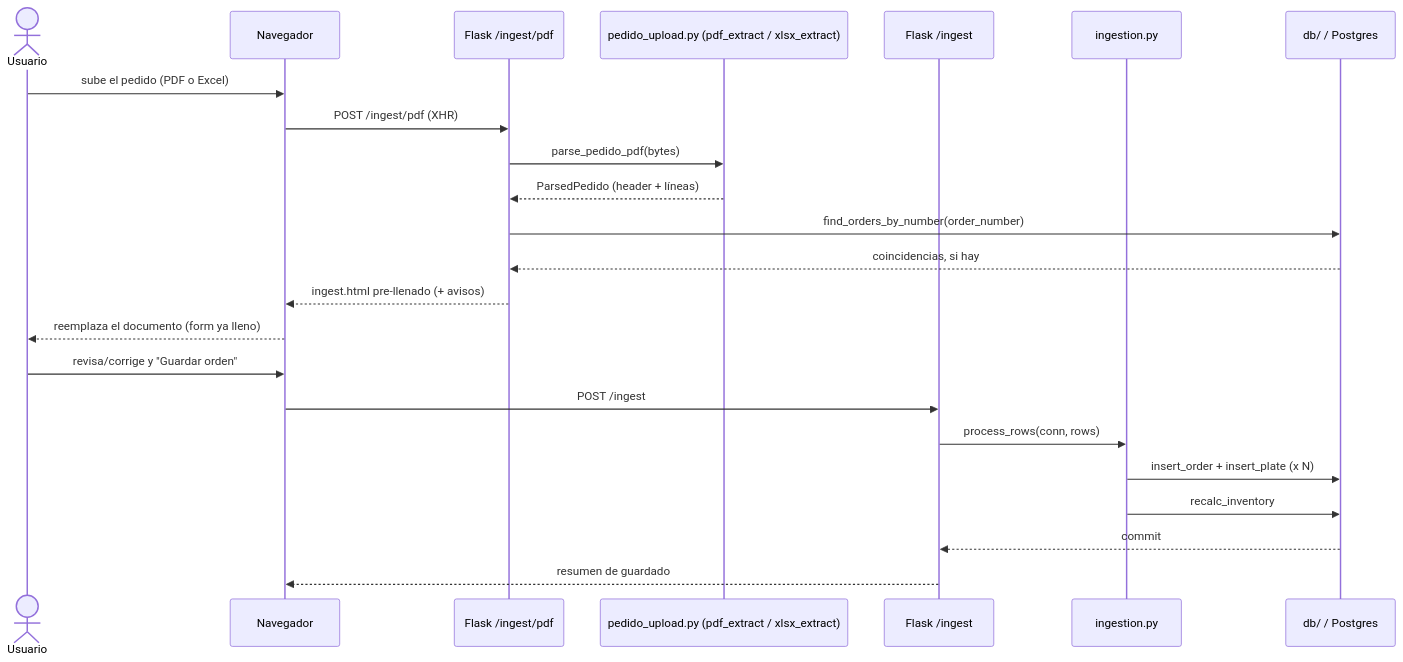
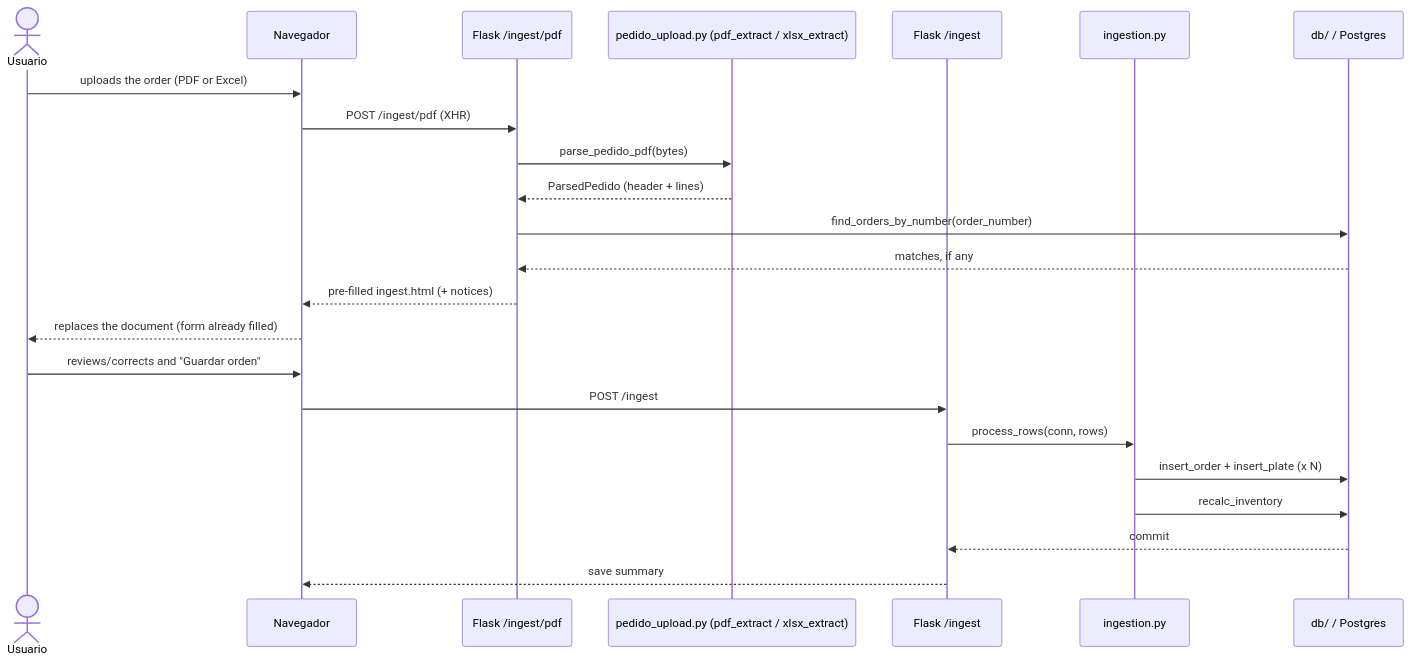
One commit to nickkmm/plates changed the first of 2 diagrams in docs/WEB.md. Above: the diagram before and after it, drawn with Mermaid. The commit also changed other lines of this file and 18 other files, not shown here.

````diff
--- a/docs/WEB.md
+++ b/docs/WEB.md
@@ -328,26 +327,26 @@
 ```mermaid
 sequenceDiagram
     actor U as Usuario
     participant B as Navegador
     participant W as Flask /ingest/pdf
     participant PE as pedido_upload.py (pdf_extract / xlsx_extract)
     participant I as Flask /ingest
     participant I2 as ingestion.py
     participant DB as db/ / Postgres
 
-    U->>B: sube el pedido (PDF o Excel)
+    U->>B: uploads the order (PDF or Excel)
     B->>W: POST /ingest/pdf (XHR)
     W->>PE: parse_pedido_pdf(bytes)
-    PE-->>W: ParsedPedido (header + líneas)
+    PE-->>W: ParsedPedido (header + lines)
     W->>DB: find_orders_by_number(order_number)
-    DB-->>W: coincidencias, si hay
-    W-->>B: ingest.html pre-llenado (+ avisos)
-    B-->>U: reemplaza el documento (form ya lleno)
-    U->>B: revisa/corrige y "Guardar orden"
+    DB-->>W: matches, if any
+    W-->>B: pre-filled ingest.html (+ notices)
+    B-->>U: replaces the document (form already filled)
+    U->>B: reviews/corrects and "Guardar orden"
     B->>I: POST /ingest
     I->>I2: process_rows(conn, rows)
     I2->>DB: insert_order + insert_plate (x N)
     I2->>DB: recalc_inventory
     DB-->>I: commit
-    I-->>B: resumen de guardado
+    I-->>B: save summary
 ```
````
